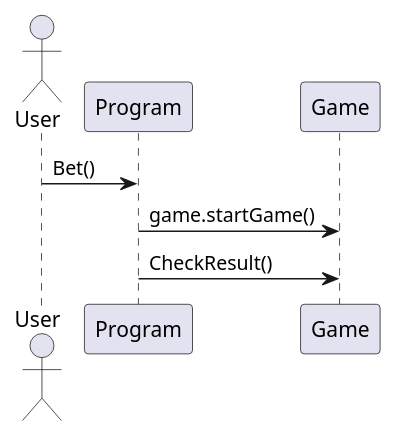
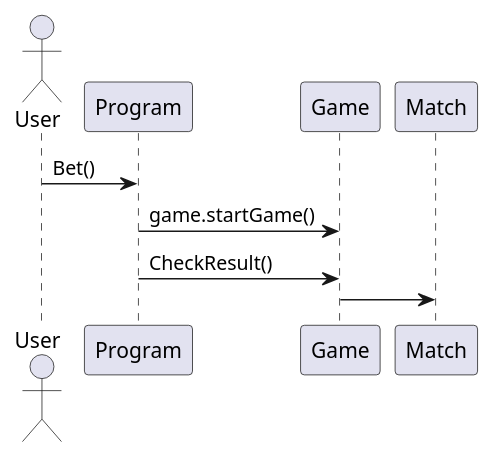
The diagram in DiagramOppgave/TippekupongUML/SequenceDiagram.puml (mrskme/DiagramOppgave), drawn with PlantUML before and after one commit. The commit also changed 3 other files, not shown here.

```diff
--- a/DiagramOppgave/TippekupongUML/SequenceDiagram.puml
+++ b/DiagramOppgave/TippekupongUML/SequenceDiagram.puml
@@ -1,9 +1,10 @@
 @startuml
 '' SequenceDiagram
 
 actor User
 
 User -> Program: Bet()
 Program -> Game: game.startGame()
 Program -> Game: CheckResult()
+Game -> Match: 
 @enduml
```
